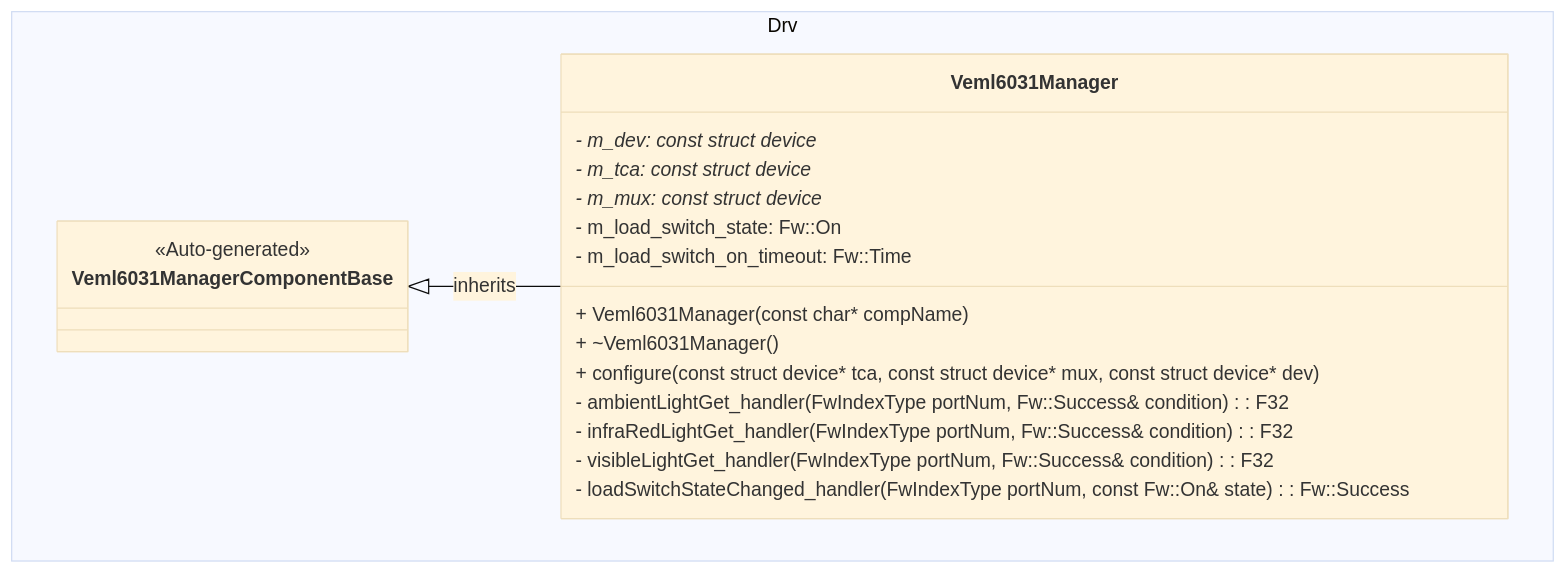
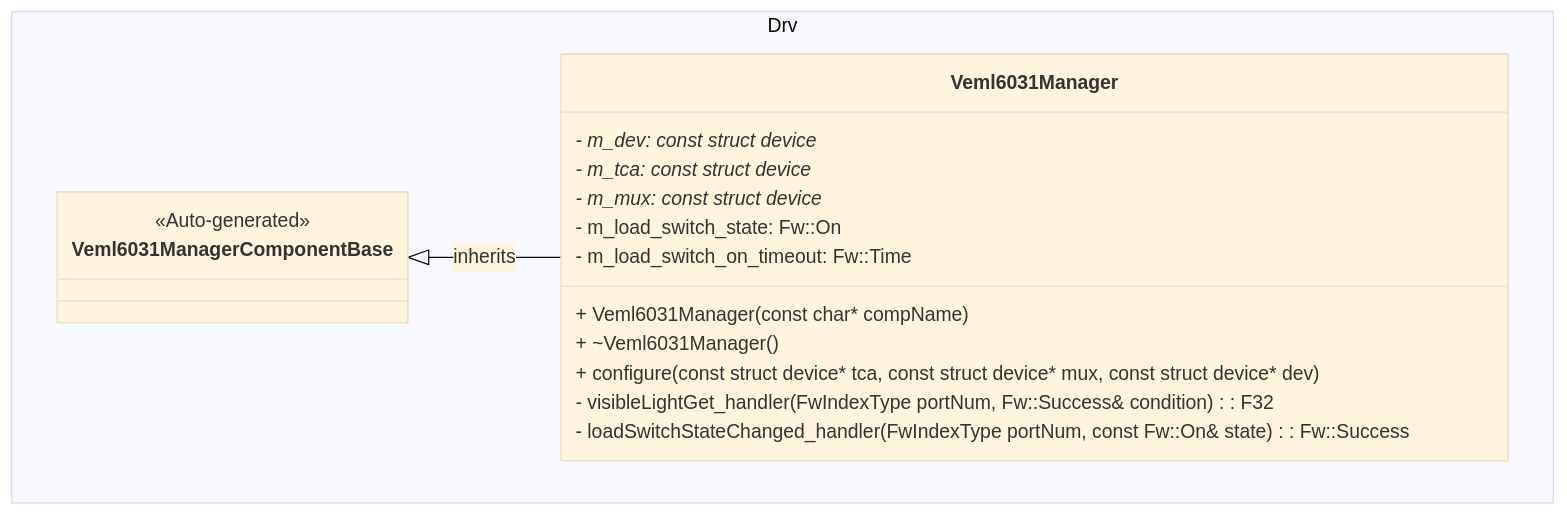
Before and after one commit to Open-Source-Space-Foundation/proves-core-reference: the first of 2 diagrams in FprimeZephyrReference/Components/Drv/Veml6031Manager/docs/sdd.md, drawn with Mermaid (base theme). The commit also changed other lines of this file and 7 other files, not shown here.

Commit message:
remove param checking and remove unsupported infrared and ambient light functionality

````diff
--- a/FprimeZephyrReference/Components/Drv/Veml6031Manager/docs/sdd.md
+++ b/FprimeZephyrReference/Components/Drv/Veml6031Manager/docs/sdd.md
@@ -21,23 +21,21 @@
 ```mermaid
 classDiagram
     namespace Drv {
         class Veml6031ManagerComponentBase {
             <<Auto-generated>>
         }
         class Veml6031Manager {
             - m_dev: const struct device*
             - m_tca: const struct device*
             - m_mux: const struct device*
             - m_load_switch_state: Fw::On
             - m_load_switch_on_timeout: Fw::Time
             + Veml6031Manager(const char* compName)
             + ~Veml6031Manager()
             + configure(const struct device* tca, const struct device* mux, const struct device* dev)
-            - ambientLightGet_handler(FwIndexType portNum, Fw::Success& condition): F32
-            - infraRedLightGet_handler(FwIndexType portNum, Fw::Success& condition): F32
             - visibleLightGet_handler(FwIndexType portNum, Fw::Success& condition): F32
             - loadSwitchStateChanged_handler(FwIndexType portNum, const Fw::On& state): Fw::Success
         }
     }
     Veml6031ManagerComponentBase <|-- Veml6031Manager : inherits
 ```
````
